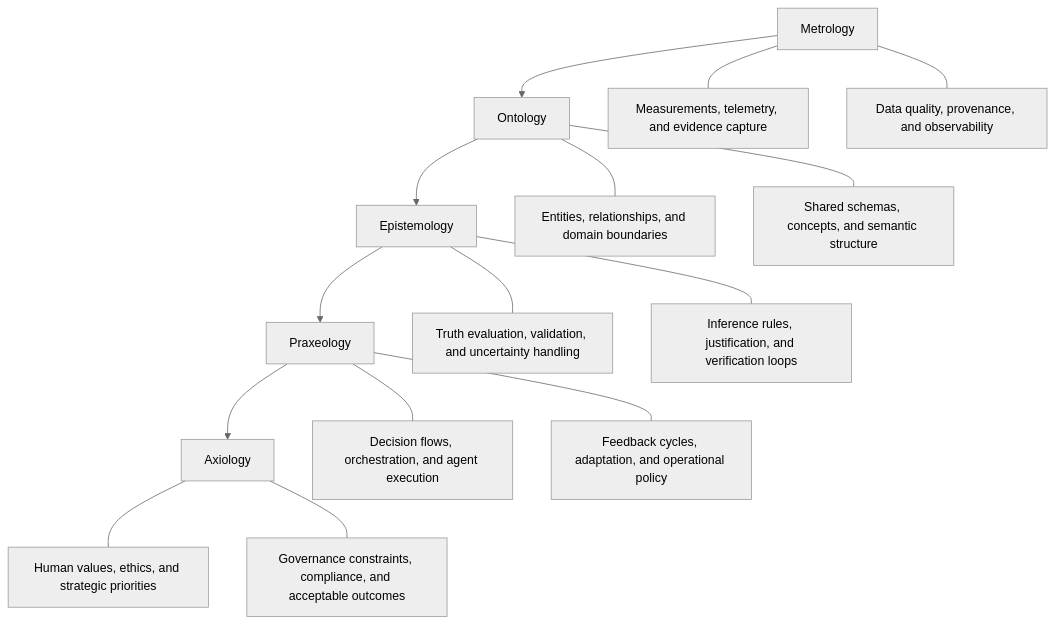
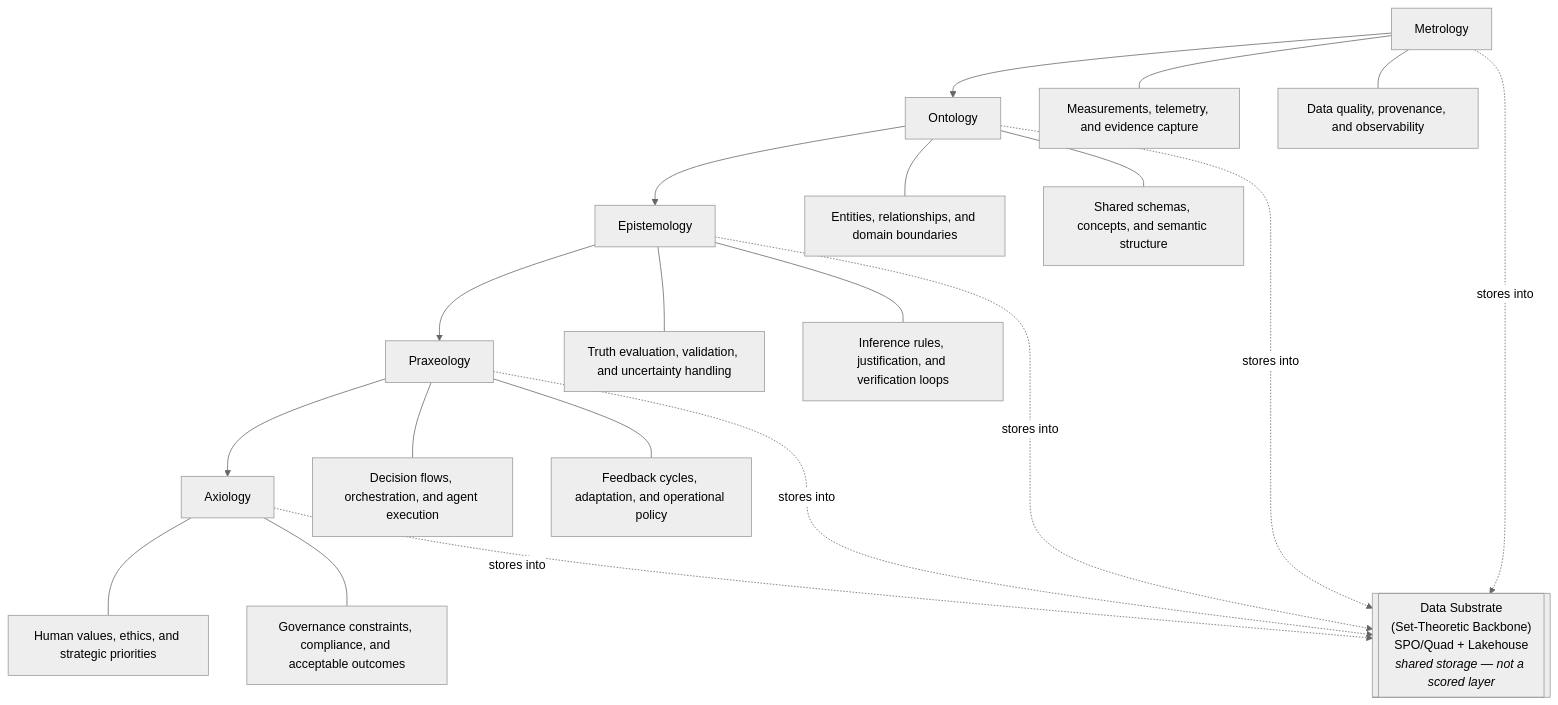
The diagram in docs/layer-diagram.md (PhilipAsiala/philosophical-ai-architecture), drawn with Mermaid (neutral theme) before and after one commit. The commit also changed other lines of this file and 8 other files, not shown here.

Commit message:
Add §5.1.1 per-layer storage mapping, catalog SPO envelope examples, and doc updates for Data Substrate

````diff
--- a/docs/layer-diagram.md
+++ b/docs/layer-diagram.md
@@ -5,22 +5,30 @@
 ```mermaid
 graph TD
+    SUB[["Data Substrate<br/>(Set-Theoretic Backbone)<br/>SPO/Quad + Lakehouse<br/><i>shared storage — not a scored layer</i>"]]
+
     A[Metrology] --> B[Ontology]
     B --> C[Epistemology]
     C --> D[Praxeology]
     D --> E[Axiology]
 
     A --- A1[Measurements, telemetry, and evidence capture]
     A --- A2[Data quality, provenance, and observability]
 
     B --- B1[Entities, relationships, and domain boundaries]
     B --- B2[Shared schemas, concepts, and semantic structure]
 
     C --- C1[Truth evaluation, validation, and uncertainty handling]
     C --- C2[Inference rules, justification, and verification loops]
 
     D --- D1[Decision flows, orchestration, and agent execution]
     D --- D2[Feedback cycles, adaptation, and operational policy]
 
     E --- E1[Human values, ethics, and strategic priorities]
     E --- E2[Governance constraints, compliance, and acceptable outcomes]
+
+    A -. stores into .-> SUB
+    B -. stores into .-> SUB
+    C -. stores into .-> SUB
+    D -. stores into .-> SUB
+    E -. stores into .-> SUB
 ```
````
